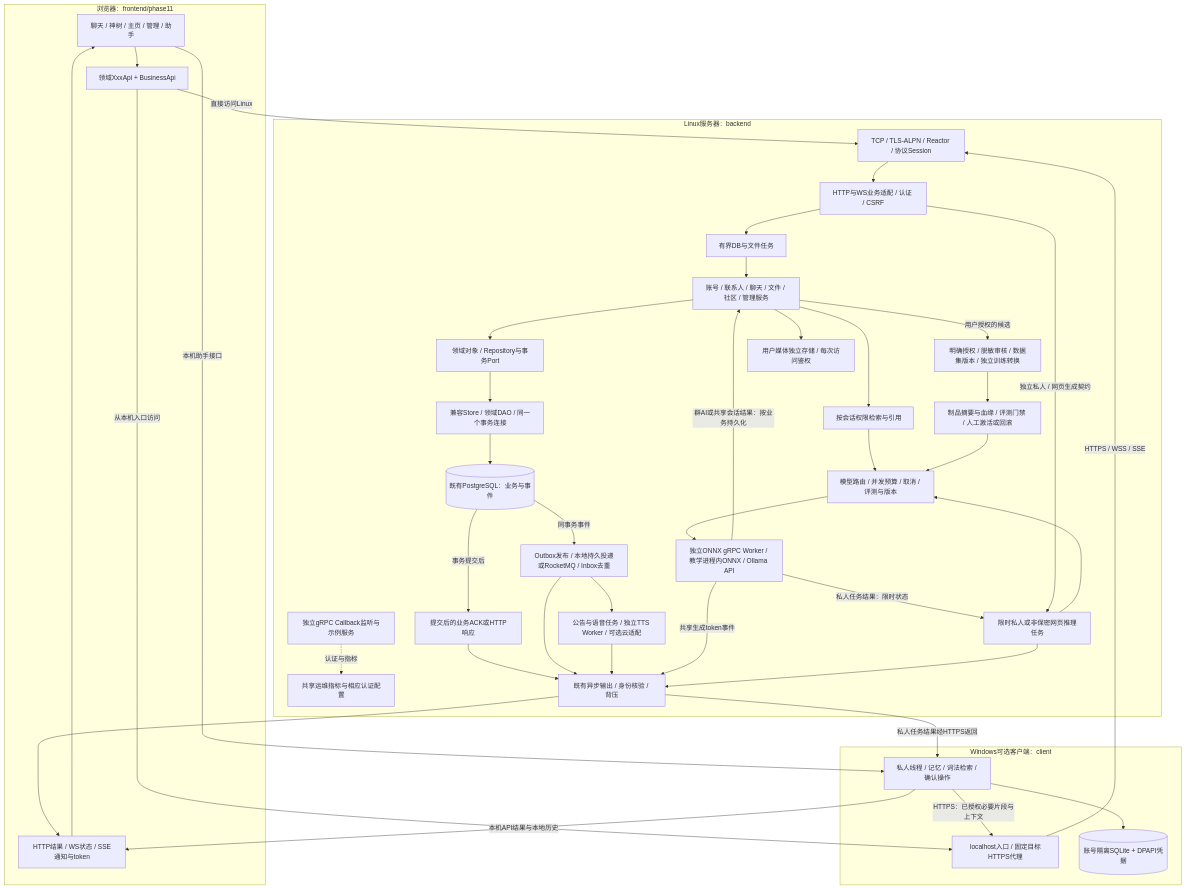
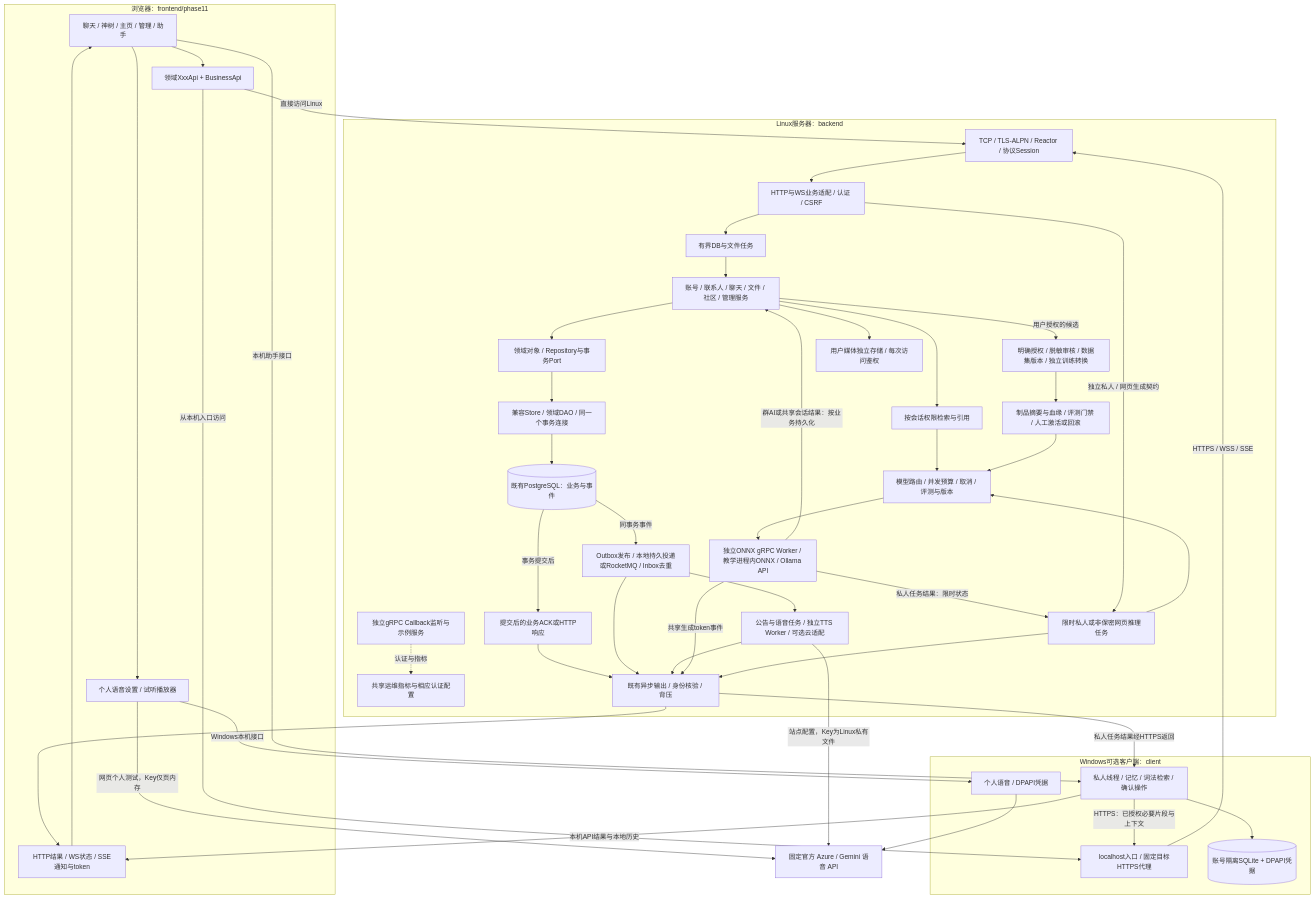
One commit to aurora-deng/web changed the first of 2 diagrams in docs/architecture/business/flows/current-end-to-end.md. Above: the diagram before and after it, drawn with Mermaid. The commit also changed other lines of this file and 153 other files, not shown here.

````diff
--- a/docs/architecture/business/flows/current-end-to-end.md
+++ b/docs/architecture/business/flows/current-end-to-end.md
@@ -7,59 +7,66 @@
 ```mermaid
 flowchart TB
     subgraph Browser[浏览器：frontend/phase11]
         UI[聊天 / 神树 / 主页 / 管理 / 助手]
+        Voice[个人语音设置 / 试听播放器]
         API[领域XxxApi + BusinessApi]
         Render[HTTP结果 / WS状态 / SSE通知与token]
         UI --> API
         Render --> UI
     end
     subgraph Client[Windows可选客户端：client]
         Entry[localhost入口 / 固定目标HTTPS代理]
         Personal[私人线程 / 记忆 / 词法检索 / 确认操作]
+        LocalSpeech[个人语音 / DPAPI凭据]
         SQLite[(账号隔离SQLite + DPAPI凭据)]
         Personal --> SQLite
     end
     subgraph Backend[Linux服务器：backend]
         Net[TCP / TLS-ALPN / Reactor / 协议Session]
         Rpc[独立gRPC Callback监听与示例服务]
         Ops[共享运维指标与相应认证配置]
         Adapter[HTTP与WS业务适配 / 认证 / CSRF]
         DBTasks[有界DB与文件任务]
         Service[账号 / 联系人 / 聊天 / 文件 / 社区 / 管理服务]
         Ports[领域对象 / Repository与事务Port]
         Store[兼容Store / 领域DAO / 同一个事务连接]
         PG[(既有PostgreSQL：业务与事件)]
         Ack[提交后的业务ACK或HTTP响应]
         Delivery[Outbox发布 / 本地持久投递或RocketMQ / Inbox去重]
         Output[既有异步输出 / 身份核验 / 背压]
         Model[模型路由 / 并发预算 / 取消 / 评测与版本]
         Infer[独立ONNX gRPC Worker / 教学进程内ONNX / Ollama API]
         PrivateTask[限时私人或非保密网页推理任务]
         SharedRag[按会话权限检索与引用]
         Train[明确授权 / 脱敏审核 / 数据集版本 / 独立训练转换]
         Publish[制品摘要与血缘 / 评测门禁 / 人工激活或回滚]
         Speech[公告与语音任务 / 独立TTS Worker / 可选云适配]
         Assets[用户媒体独立存储 / 每次访问鉴权]
         Rpc -.认证与指标.-> Ops
         Net --> Adapter --> DBTasks --> Service --> Ports --> Store --> PG
         PG -->|事务提交后| Ack --> Output
         PG -->|同事务事件| Delivery --> Output
         Delivery --> Speech --> Output
         Service --> Assets
         Service --> SharedRag --> Model --> Infer
         PrivateTask --> Model
         Service -->|用户授权的候选| Train --> Publish --> Model
         Infer -->|群AI或共享会话结果：按业务持久化| Service
         Infer -->|共享生成token事件| Output
         Infer -->|私人任务结果：限时状态| PrivateTask
         PrivateTask --> Output
     end
+    CloudSpeech[固定官方 Azure / Gemini 语音 API]
+    UI --> Voice
+    Voice -->|网页个人测试，Key仅页内存| CloudSpeech
+    Voice -->|Windows本机接口| LocalSpeech --> CloudSpeech
+    Speech -->|站点配置，Key为Linux私有文件| CloudSpeech
     API -->|直接访问Linux| Net
     API -->|从本机入口访问| Entry -->|HTTPS / WSS / SSE| Net
     UI -->|本机助手接口| Personal
     Personal -->|HTTPS：已授权必要片段与上下文| Entry
     Adapter -->|独立私人 / 网页生成契约| PrivateTask
     Output --> Render
     Output -->|私人任务结果经HTTPS返回| Personal
     Personal -->|本机API结果与本地历史| Render
 ```
````
